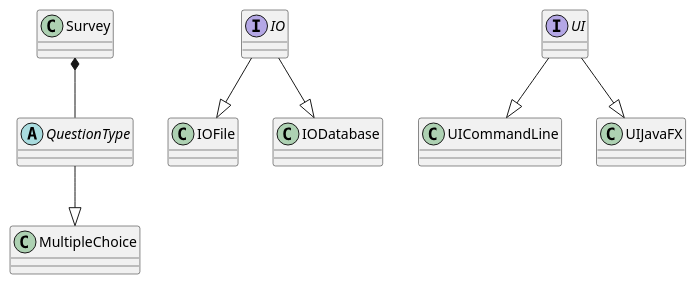
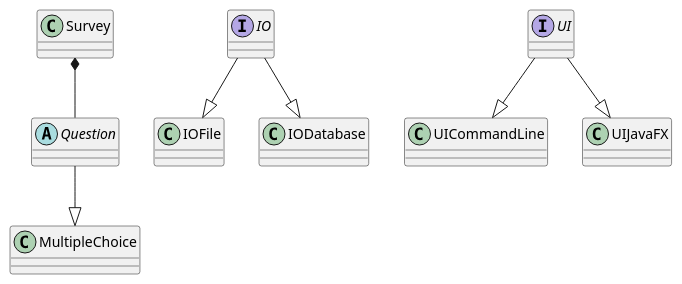
One commit to DeRp-DaWg/SP4 changed the diagram in doc/Domain Model.puml. Above: the diagram before and after it, drawn with PlantUML.

Commit message:
Documentation

```diff
--- a/doc/Domain Model.puml
+++ b/doc/Domain Model.puml
@@ -1,42 +1,42 @@
 @startuml
 'https://plantuml.com/class-diagram
 
-abstract class QuestionType {
+abstract class Question {
 }
 
 class MultipleChoice {
 }
 
 'class CheckboxChoice {'
 '}'
 
-QuestionType --|> MultipleChoice
-'QuestionType --|> CheckboxChoice'
+Question --|> MultipleChoice
+'Question --|> CheckboxChoice'
 
 class Survey {
 }
 
-Survey *-- QuestionType
+Survey *-- Question
 
 interface IO {
 }
 
 class IOFile {
 }
 
 class IODatabase {
 }
 
 IO --|> IOFile
 IO --|> IODatabase
 
 interface UI {
 }
 
 class UICommandLine {
 }
 
 UI --|> UICommandLine
 UI --|> UIJavaFX
 
 @enduml
```
